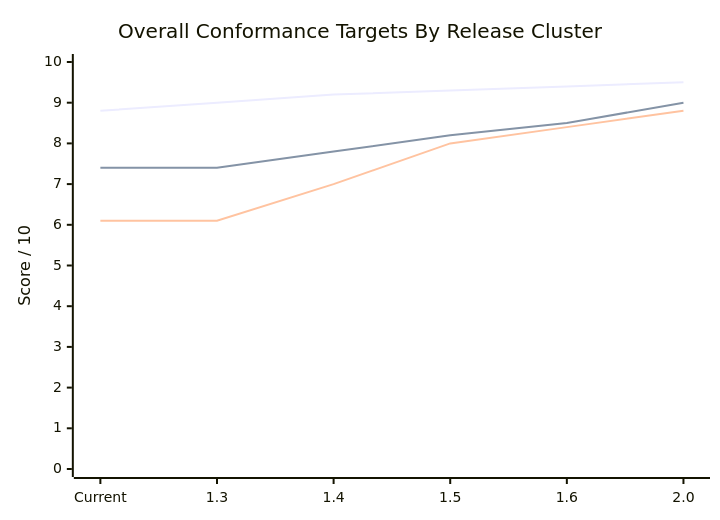
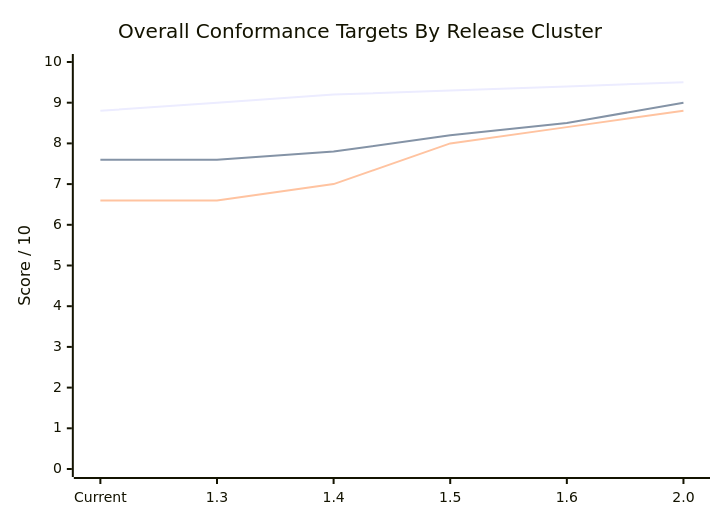
Before and after one commit to sgwoods/Codex-Test1: the diagram in CONFORMANCE_METRICS_OVERVIEW.md, drawn with Mermaid. The commit also changed other lines of this file and 40 other files, not shown here.

````diff
--- a/CONFORMANCE_METRICS_OVERVIEW.md
+++ b/CONFORMANCE_METRICS_OVERVIEW.md
@@ -27,9 +27,9 @@
 ```mermaid
 xychart-beta
   title "Overall Conformance Targets By Release Cluster"
   x-axis ["Current", "1.3", "1.4", "1.5", "1.6", "2.0"]
   y-axis "Score / 10" 0 --> 10
   line "Aurora Galactica" [8.8, 9.0, 9.2, 9.3, 9.4, 9.5]
-  line "Galaxy Guardians Reference" [7.4, 7.4, 7.8, 8.2, 8.5, 9.0]
-  line "Galaxy Guardians Playtest" [6.1, 6.1, 7.0, 8.0, 8.4, 8.8]
+  line "Galaxy Guardians Reference" [7.6, 7.6, 7.8, 8.2, 8.5, 9.0]
+  line "Galaxy Guardians Playtest" [6.6, 6.6, 7.0, 8.0, 8.4, 8.8]
 ```
````
